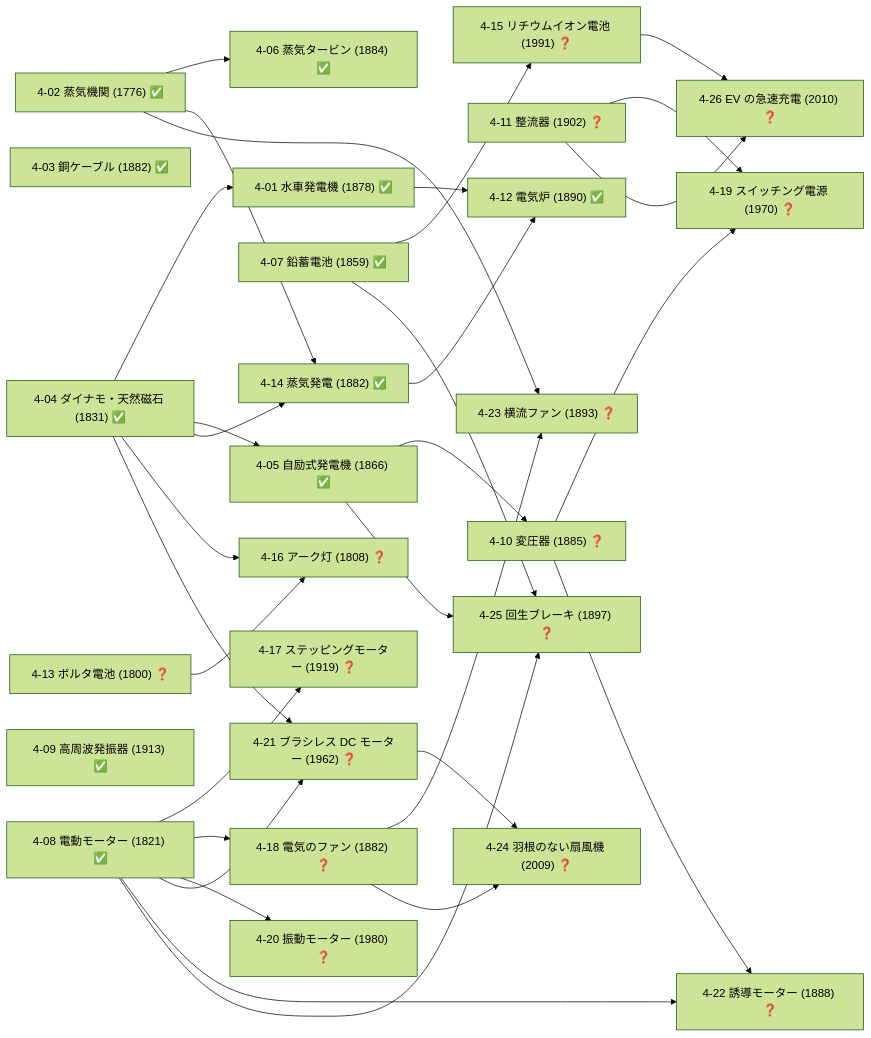
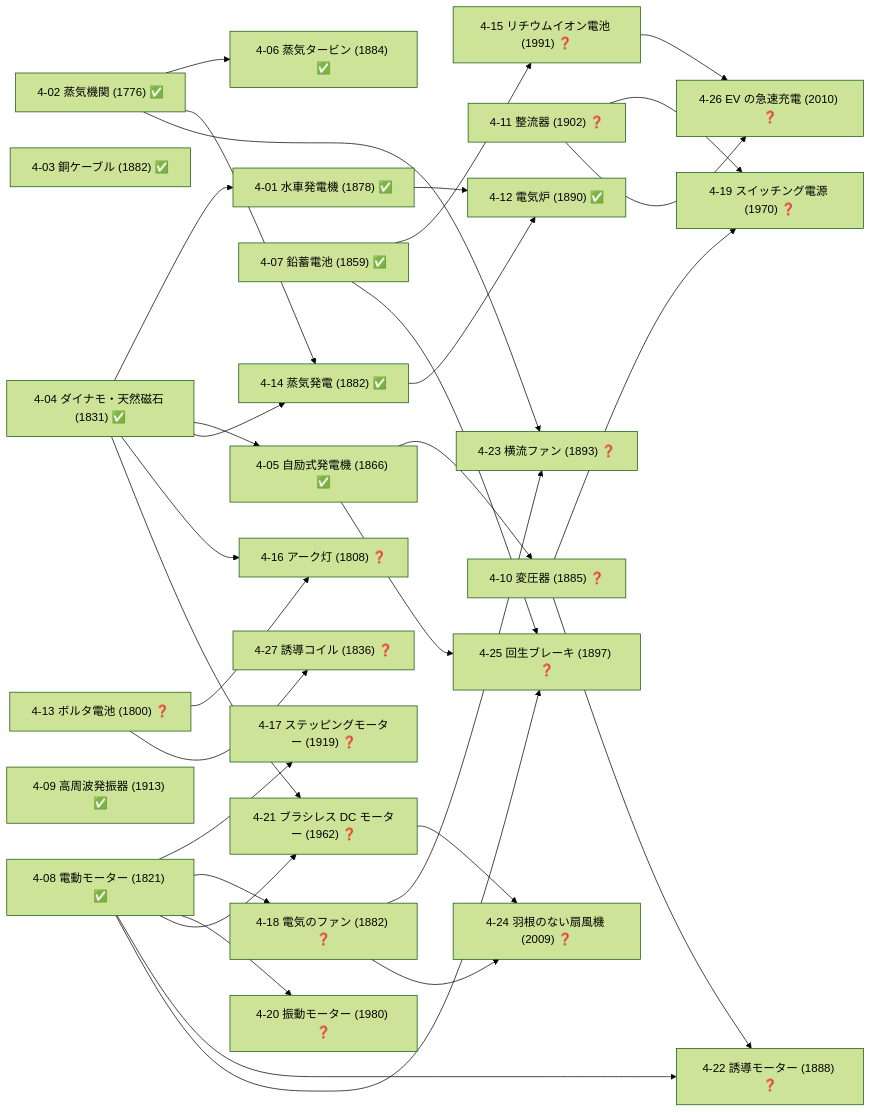
The seventh of 19 diagrams in docs/TECH_TREE_VIEW.md (taku3i0317-collab/semiconductor-lab), drawn with Mermaid (forest theme) before and after one commit. The commit also changed other lines of this file and 8 other files, not shown here.

````diff
--- a/docs/TECH_TREE_VIEW.md
+++ b/docs/TECH_TREE_VIEW.md
@@ -365,58 +365,60 @@
 ```mermaid
 graph LR
   n4_01["4-01 水車発電機 (1878) ✅"]
   n4_02["4-02 蒸気機関 (1776) ✅"]
   n4_03["4-03 銅ケーブル (1882) ✅"]
   n4_04["4-04 ダイナモ・天然磁石 (1831) ✅"]
   n4_05["4-05 自励式発電機 (1866) ✅"]
   n4_06["4-06 蒸気タービン (1884) ✅"]
   n4_07["4-07 鉛蓄電池 (1859) ✅"]
   n4_08["4-08 電動モーター (1821) ✅"]
   n4_09["4-09 高周波発振器 (1913) ✅"]
   n4_10["4-10 変圧器 (1885) ❓"]
   n4_11["4-11 整流器 (1902) ❓"]
   n4_12["4-12 電気炉 (1890) ✅"]
   n4_13["4-13 ボルタ電池 (1800) ❓"]
   n4_14["4-14 蒸気発電 (1882) ✅"]
   n4_15["4-15 リチウムイオン電池 (1991) ❓"]
   n4_16["4-16 アーク灯 (1808) ❓"]
   n4_17["4-17 ステッピングモーター (1919) ❓"]
   n4_18["4-18 電気のファン (1882) ❓"]
   n4_19["4-19 スイッチング電源 (1970) ❓"]
   n4_20["4-20 振動モーター (1980) ❓"]
   n4_21["4-21 ブラシレス DC モーター (1962) ❓"]
   n4_22["4-22 誘導モーター (1888) ❓"]
   n4_23["4-23 横流ファン (1893) ❓"]
   n4_24["4-24 羽根のない扇風機 (2009) ❓"]
   n4_25["4-25 回生ブレーキ (1897) ❓"]
   n4_26["4-26 EV の急速充電 (2010) ❓"]
+  n4_27["4-27 誘導コイル (1836) ❓"]
   n4_04-->n4_01
   n4_04-->n4_05
   n4_02-->n4_06
   n4_05-->n4_10
   n4_01-->n4_12
   n4_14-->n4_12
   n4_02-->n4_14
   n4_04-->n4_14
   n4_07-->n4_15
   n4_04-->n4_16
   n4_13-->n4_16
   n4_08-->n4_17
   n4_08-->n4_18
   n4_10-->n4_19
   n4_11-->n4_19
   n4_08-->n4_20
   n4_04-->n4_21
   n4_08-->n4_21
   n4_08-->n4_22
   n4_10-->n4_22
   n4_02-->n4_23
   n4_18-->n4_23
   n4_18-->n4_24
   n4_21-->n4_24
   n4_05-->n4_25
   n4_07-->n4_25
   n4_08-->n4_25
   n4_11-->n4_26
   n4_15-->n4_26
+  n4_13-->n4_27
 ```
````
